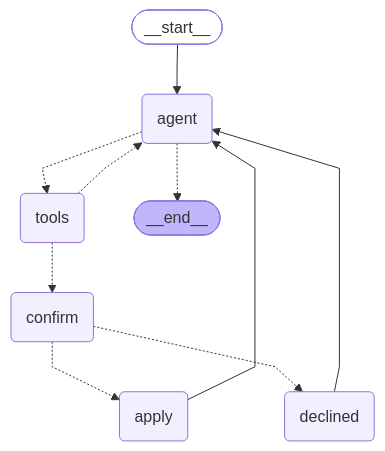
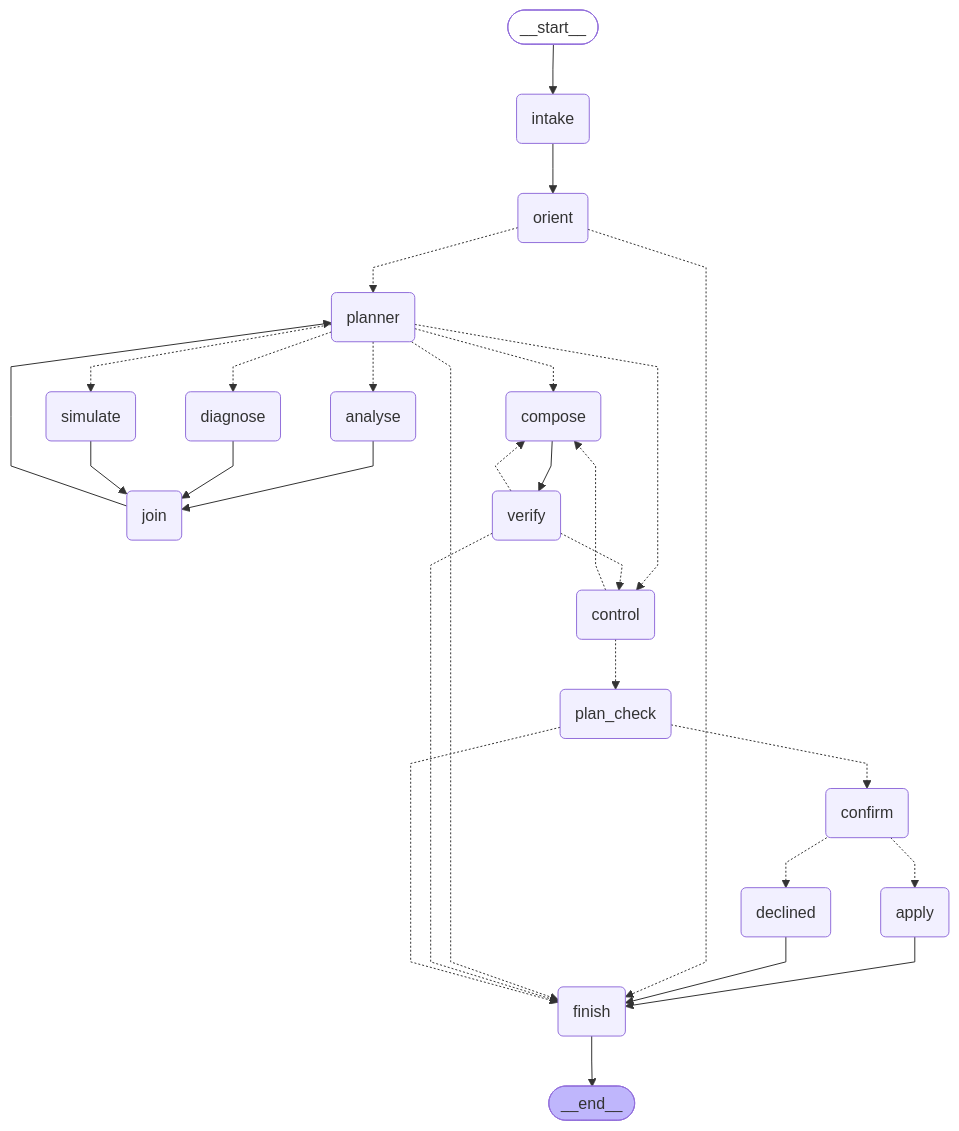
One commit to zencodelab/DTwin changed the diagram in README.md. Above: the diagram before and after it, drawn with Mermaid. The commit also changed other lines of this file and 119 other files, not shown here.

````diff
--- a/README.md
+++ b/README.md
@@ -50,23 +86,51 @@
 ```mermaid
 %%{init: {'flowchart': {'curve': 'linear'}}}%%
 graph TD;
 	__start__([<p>__start__</p>]):::first
-	agent(agent)
-	tools(tools)
+	intake(intake)
+	orient(orient)
+	planner(planner)
+	diagnose(diagnose)
+	analyse(analyse)
+	simulate(simulate)
+	join(join)
+	compose(compose)
+	verify(verify)
+	control(control)
+	plan_check(plan_check)
 	confirm(confirm)
 	apply(apply)
 	declined(declined)
+	finish(finish)
 	__end__([<p>__end__</p>]):::last
-	__start__ --> agent;
-	apply --> agent;
-	declined --> agent;
-	agent -.-> tools;
-	agent -.-> __end__;
-	tools -.-> confirm;
-	tools -.-> agent;
+	__start__ --> intake;
+	analyse --> join;
+	apply --> finish;
+	compose --> verify;
+	declined --> finish;
+	diagnose --> join;
+	finish --> __end__;
+	intake --> orient;
+	join --> planner;
+	simulate --> join;
+	orient -.-> planner;
+	orient -.-> finish;
+	planner -.-> diagnose;
+	planner -.-> analyse;
+	planner -.-> simulate;
+	planner -.-> compose;
+	planner -.-> control;
+	planner -.-> finish;
+	verify -.-> compose;
+	verify -.-> control;
+	verify -.-> finish;
+	control -.-> plan_check;
+	control -.-> compose;
+	plan_check -.-> confirm;
+	plan_check -.-> finish;
 	confirm -.-> apply;
 	confirm -.-> declined;
 	classDef default fill:#f2f0ff,line-height:1.2;
 	classDef first fill-opacity:0;
 	classDef last fill:#bfb6fc;
 ```
````
